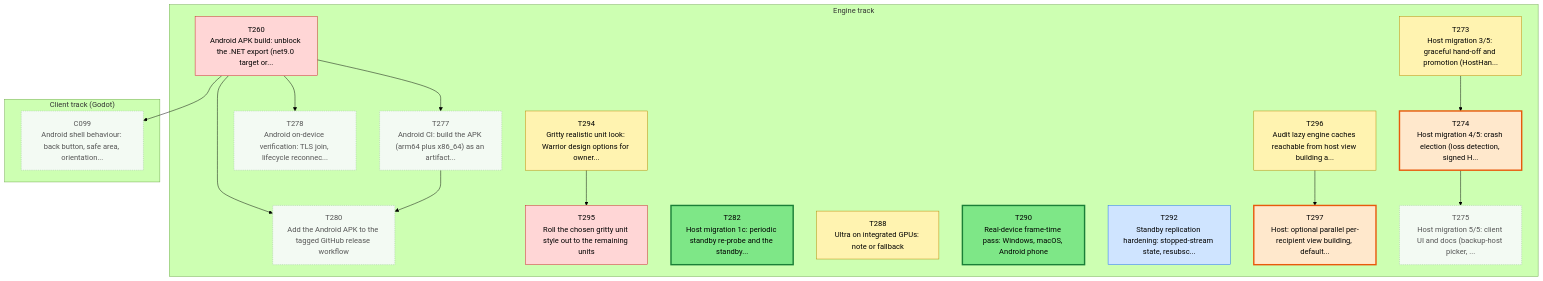
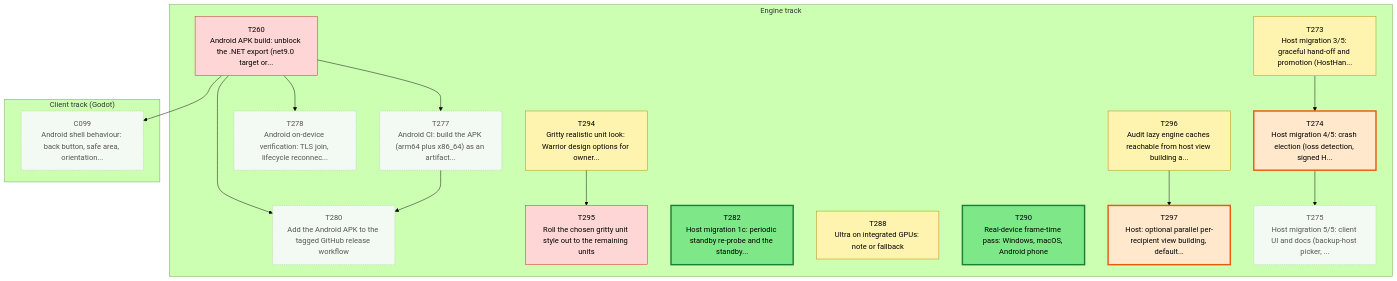
The first of 3 diagrams in csharp/migration/DEPENDENCY_MAP.md (Kenmura/Unciv), drawn with Mermaid (forest theme) before and after one commit. The commit also changed other lines of this file and 1 other file, not shown here.

Commit message:
migration: review T292 pass [Adversarial Review]

````diff
--- a/csharp/migration/DEPENDENCY_MAP.md
+++ b/csharp/migration/DEPENDENCY_MAP.md
@@ -35,55 +35,53 @@
 ```mermaid
 flowchart TD
   subgraph TTRACK["Engine track"]
     T260["T260<br/>Android APK build: unblock the .NET export (net9.0 target or..."]
     T273["T273<br/>Host migration 3/5: graceful hand-off and promotion (HostHan..."]
     T274["T274<br/>Host migration 4/5: crash election (loss detection, signed H..."]
     T275["T275<br/>Host migration 5/5: client UI and docs (backup-host picker, ..."]
     T277["T277<br/>Android CI: build the APK (arm64 plus x86_64) as an artifact..."]
     T278["T278<br/>Android on-device verification: TLS join, lifecycle reconnec..."]
     T280["T280<br/>Add the Android APK to the tagged GitHub release workflow"]
     T282["T282<br/>Host migration 1c: periodic standby re-probe and the standby..."]
     T288["T288<br/>Ultra on integrated GPUs: note or fallback"]
     T290["T290<br/>Real-device frame-time pass: Windows, macOS, Android phone"]
-    T292["T292<br/>Standby replication hardening: stopped-stream state, resubsc..."]
     T294["T294<br/>Gritty realistic unit look: Warrior design options for owner..."]
     T295["T295<br/>Roll the chosen gritty unit style out to the remaining units"]
     T296["T296<br/>Audit lazy engine caches reachable from host view building a..."]
     T297["T297<br/>Host: optional parallel per-recipient view building, default..."]
   end
   subgraph CTRACK["Client track (Godot)"]
     C099["C099<br/>Android shell behaviour: back button, safe area, orientation..."]
   end
   T273 --> T274
   T274 --> T275
   T260 --> T277
   T260 --> T278
   T260 --> T280
   T277 --> T280
   T294 --> T295
   T296 --> T297
   T260 --> C099
   classDef waiting fill:#f3faf3,stroke:#9bc49b,color:#555,stroke-dasharray:2 2
   classDef ondeck fill:#ffe8cc,stroke:#e8590c,stroke-width:3px,color:#000
   classDef ready fill:#7ee787,stroke:#1a7f37,stroke-width:3px,color:#000
   classDef prog fill:#fff3b0,stroke:#b58900,color:#000
   classDef review fill:#cfe4ff,stroke:#1f6feb,color:#000
   classDef blocked fill:#ffd6d6,stroke:#c62828,color:#000
   classDef done fill:#eeeeee,stroke:#999999,color:#666,stroke-dasharray:4 3
   class C099 waiting
   class T260 blocked
   class T273 prog
   class T274 ondeck
   class T275 waiting
   class T277 waiting
   class T278 waiting
   class T280 waiting
   class T282 ready
   class T288 prog
   class T290 ready
-  class T292 review
   class T294 prog
   class T295 blocked
   class T296 prog
   class T297 ondeck
 ```
````
